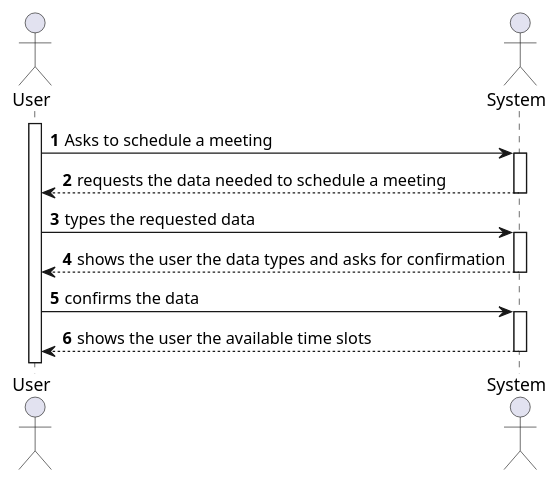
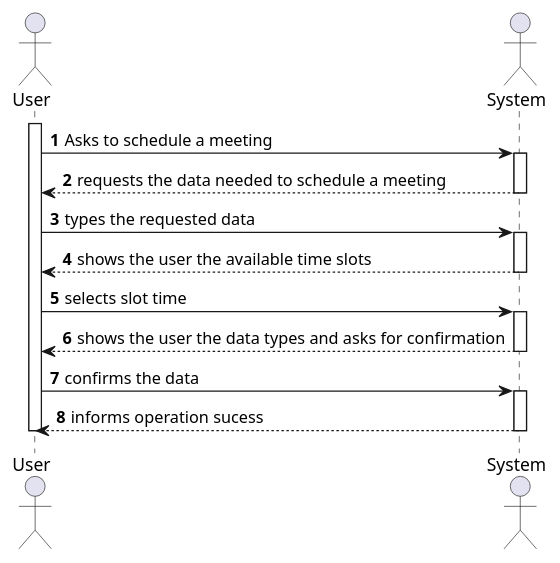
The diagram in docs/sprint-b/us27-4001/US4001_SSD.puml (miseEnPlace-dev/lapr4), drawn with PlantUML before and after one commit. The commit also changed 2 other files, not shown here.

```diff
--- a/docs/sprint-b/us27-4001/US4001_SSD.puml
+++ b/docs/sprint-b/us27-4001/US4001_SSD.puml
@@ -1,27 +1,35 @@
 @startuml US4001_SSD
 autonumber
 
 actor User as "User"
 actor System as "System"
 
 activate User
 
 User -> System : Asks to schedule a meeting
 activate System
 
 System --> User : requests the data needed to schedule a meeting
 deactivate System
 
 User -> System : types the requested data
 activate System
 
+System --> User : shows the user the available time slots
+deactivate System
+
+User -> System : selects slot time
+activate System
+
 System --> User : shows the user the data types and asks for confirmation
 deactivate System
 
 User -> System : confirms the data
 activate System
 
-System --> User : shows the user the available time slots
+System --> User : informs operation sucess
 deactivate System
 
+deactivate User
+
 @enduml
```
